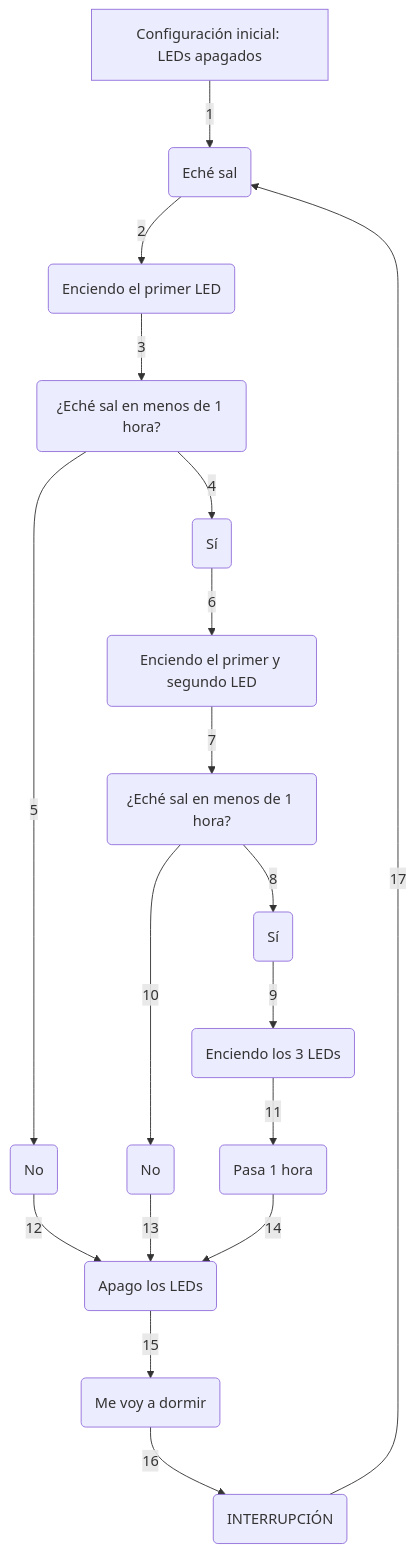
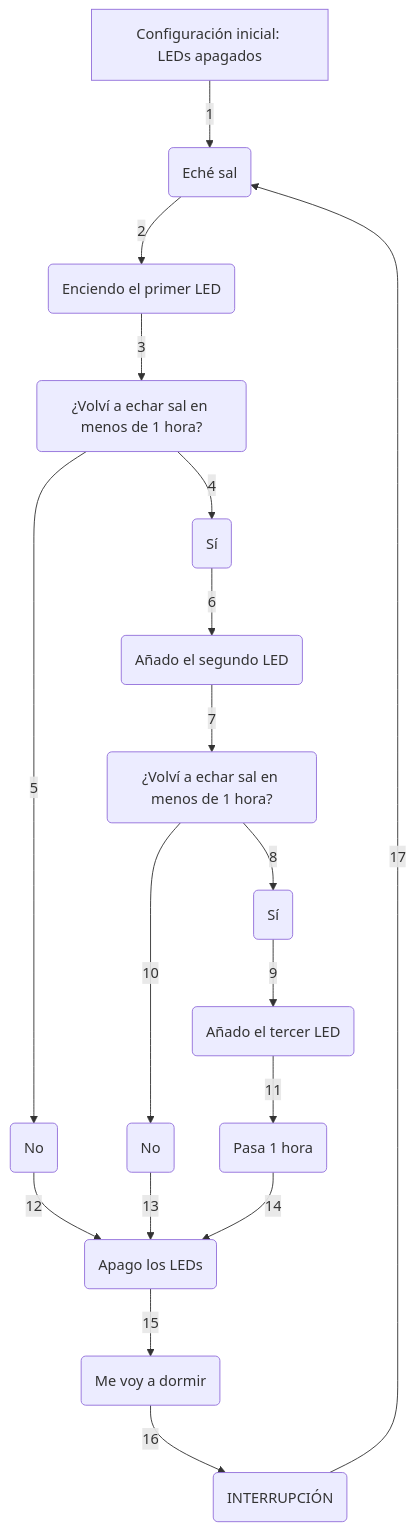
One commit to MediaLabUniovi/Salero-MdN changed the diagram in README.md. Above: the diagram before and after it, drawn with Mermaid.

````diff
--- a/README.md
+++ b/README.md
@@ -80,21 +80,21 @@
 ```mermaid
 graph TD;
   A[Configuración inicial: LEDs apagados] -->|1| B(Eché sal)
   G -->|15| S(Me voy a dormir)
   S -->|16| T(INTERRUPCIÓN)
   T -->|17| B
   B -->|2| H(Enciendo el primer LED)
-  H -->|3| I(¿Eché sal en menos de 1 hora?)
+  H -->|3| I(¿Volví a echar sal en menos de 1 hora?)
   I -->|4| J(Sí)
   I -->|5| K(No)
   K -->|12| G(Apago los LEDs)
-  J -->|6| L(Enciendo el primer y segundo LED)
-  L -->|7| M(¿Eché sal en menos de 1 hora?)
+  J -->|6| L(Añado el segundo LED)
+  L -->|7| M(¿Volví a echar sal en menos de 1 hora?)
   M -->|8| N(Sí)
   M -->|10| O(No)
-  N -->|9| P(Enciendo los 3 LEDs)
+  N -->|9| P(Añado el tercer LED)
   O -->|13| G
   P -->|11| R(Pasa 1 hora)
   R -->|14| G
   
 ```
````
